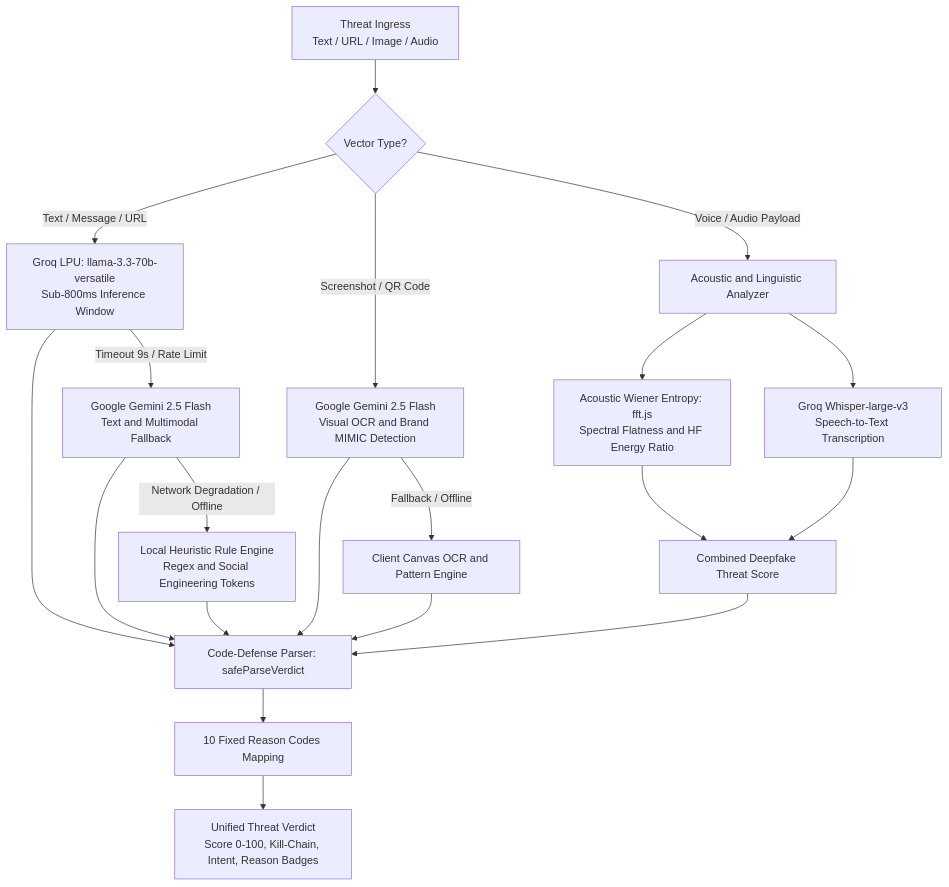
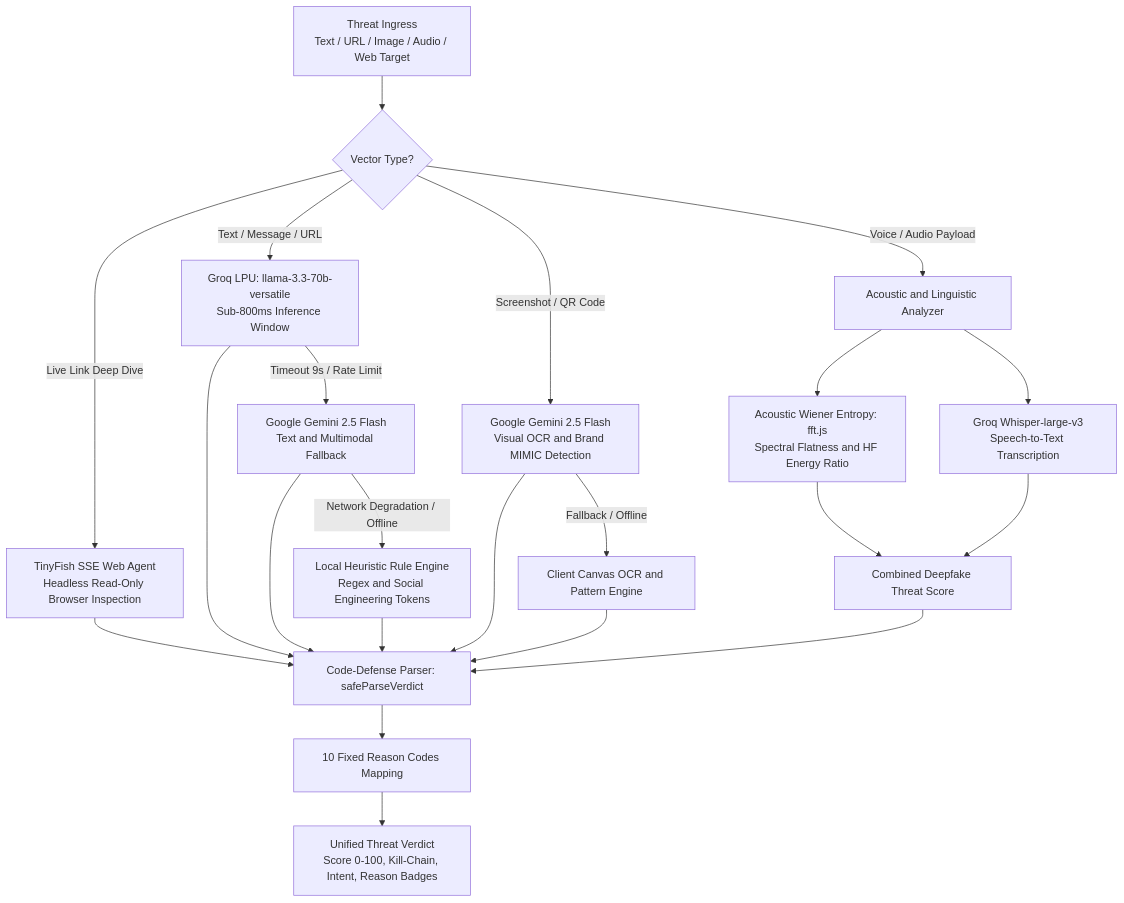
The diagram in docs/AI_ARCHITECTURE.md (sidhinath/trust-break-ai), drawn with Mermaid before and after one commit. The commit also changed other lines of this file and 106 other files, not shown here.

````diff
--- a/docs/AI_ARCHITECTURE.md
+++ b/docs/AI_ARCHITECTURE.md
@@ -19,27 +20,30 @@
 ```mermaid
 flowchart TD
-    Ingress["Threat Ingress<br/>Text / URL / Image / Audio"] --> RouteType{Vector Type?}
+    Ingress["Threat Ingress<br/>Text / URL / Image / Audio / Web Target"] --> RouteType{Vector Type?}
 
     RouteType -->|"Text / Message / URL"| GroqPrimary["Groq LPU: llama-3.3-70b-versatile<br/>Sub-800ms Inference Window"]
     GroqPrimary -->|"Timeout 9s / Rate Limit"| GeminiText["Google Gemini 2.5 Flash<br/>Text and Multimodal Fallback"]
     GeminiText -->|"Network Degradation / Offline"| OfflineNLP["Local Heuristic Rule Engine<br/>Regex and Social Engineering Tokens"]
+
+    RouteType -->|"Live Link Deep Dive"| TinyFishGW["TinyFish SSE Web Agent<br/>Headless Read-Only Browser Inspection"]
+    TinyFishGW --> DefenseFilter
 
     RouteType -->|"Screenshot / QR Code"| GeminiVision["Google Gemini 2.5 Flash<br/>Visual OCR and Brand MIMIC Detection"]
     GeminiVision -->|"Fallback / Offline"| OfflineOCR["Client Canvas OCR and Pattern Engine"]
 
     RouteType -->|"Voice / Audio Payload"| VoicePipeline["Acoustic and Linguistic Analyzer"]
     VoicePipeline --> AcousticFFT["Acoustic Wiener Entropy: fft.js<br/>Spectral Flatness and HF Energy Ratio"]
     VoicePipeline --> WhisperSTT["Groq Whisper-large-v3<br/>Speech-to-Text Transcription"]
     AcousticFFT --> VoiceScore["Combined Deepfake Threat Score"]
     WhisperSTT --> VoiceScore
 
     GroqPrimary --> DefenseFilter["Code-Defense Parser: safeParseVerdict"]
     GeminiText --> DefenseFilter
     OfflineNLP --> DefenseFilter
     GeminiVision --> DefenseFilter
     OfflineOCR --> DefenseFilter
     VoiceScore --> DefenseFilter
 
     DefenseFilter --> StandardizedCodes["10 Fixed Reason Codes Mapping"]
     StandardizedCodes --> FinalOutput["Unified Threat Verdict<br/>Score 0-100, Kill-Chain, Intent, Reason Badges"]
 ```
````
